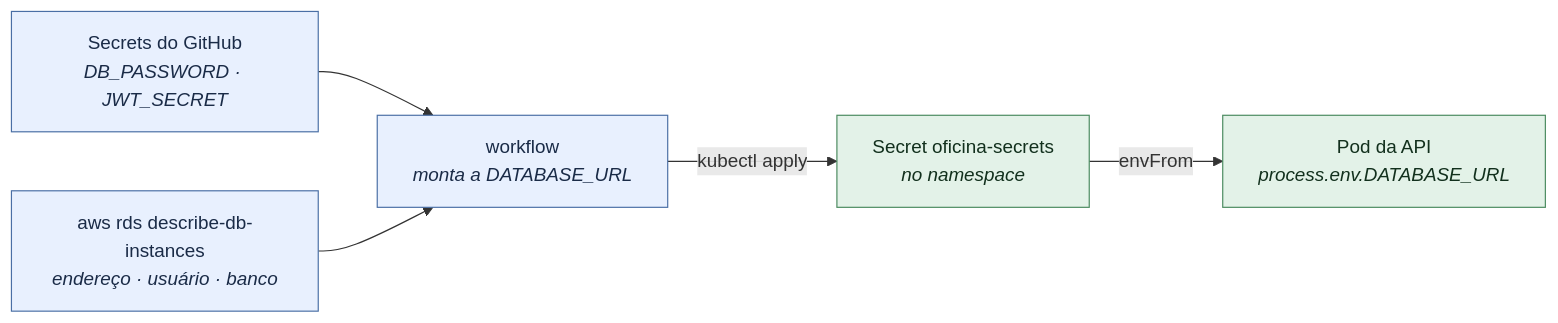
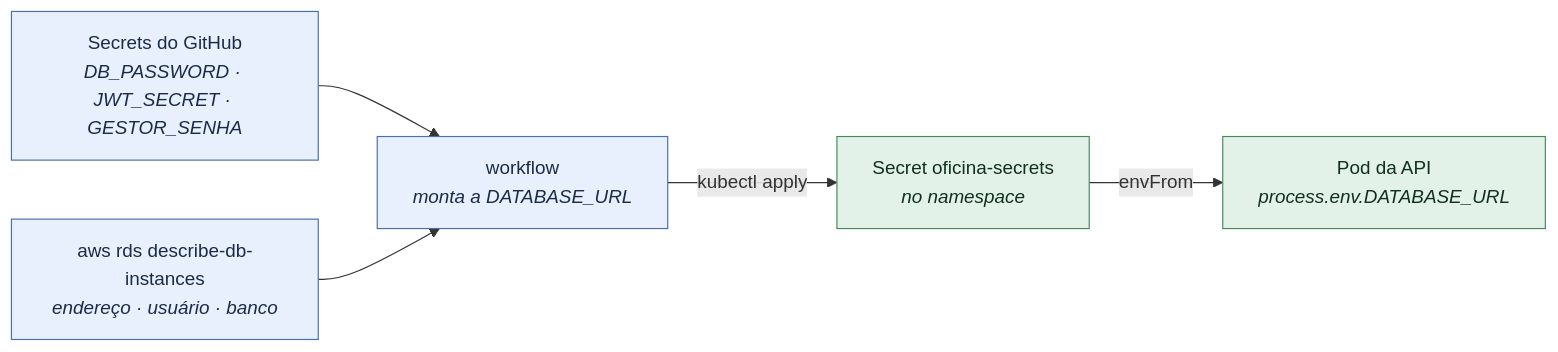
The fifth of 5 diagrams in README.md (madurubini/oficina-app), drawn with Mermaid before and after one commit. The commit also changed other lines of this file and 4 other files, not shown here.

First line of the commit message:
fix: senha do gestor do seed vem de secret, não do código

````diff
--- a/README.md
+++ b/README.md
@@ -568,12 +571,12 @@
 ```mermaid
 flowchart LR
-    gh["Secrets do GitHub<br/><i>DB_PASSWORD · JWT_SECRET</i>"] --> wf["workflow<br/><i>monta a DATABASE_URL</i>"]
+    gh["Secrets do GitHub<br/><i>DB_PASSWORD · JWT_SECRET · GESTOR_SENHA</i>"] --> wf["workflow<br/><i>monta a DATABASE_URL</i>"]
     rds["aws rds describe-db-instances<br/><i>endereço · usuário · banco</i>"] --> wf
     wf -->|kubectl apply| s["Secret oficina-secrets<br/><i>no namespace</i>"]
     s -->|envFrom| p["Pod da API<br/><i>process.env.DATABASE_URL</i>"]
 
     classDef ext fill:#e8f0fe,stroke:#4a6fa5,color:#1a2b47
     classDef k8s fill:#e3f2e8,stroke:#4a8a5f,color:#12301d
     class gh,rds,wf ext
     class s,p k8s
 ```
````
